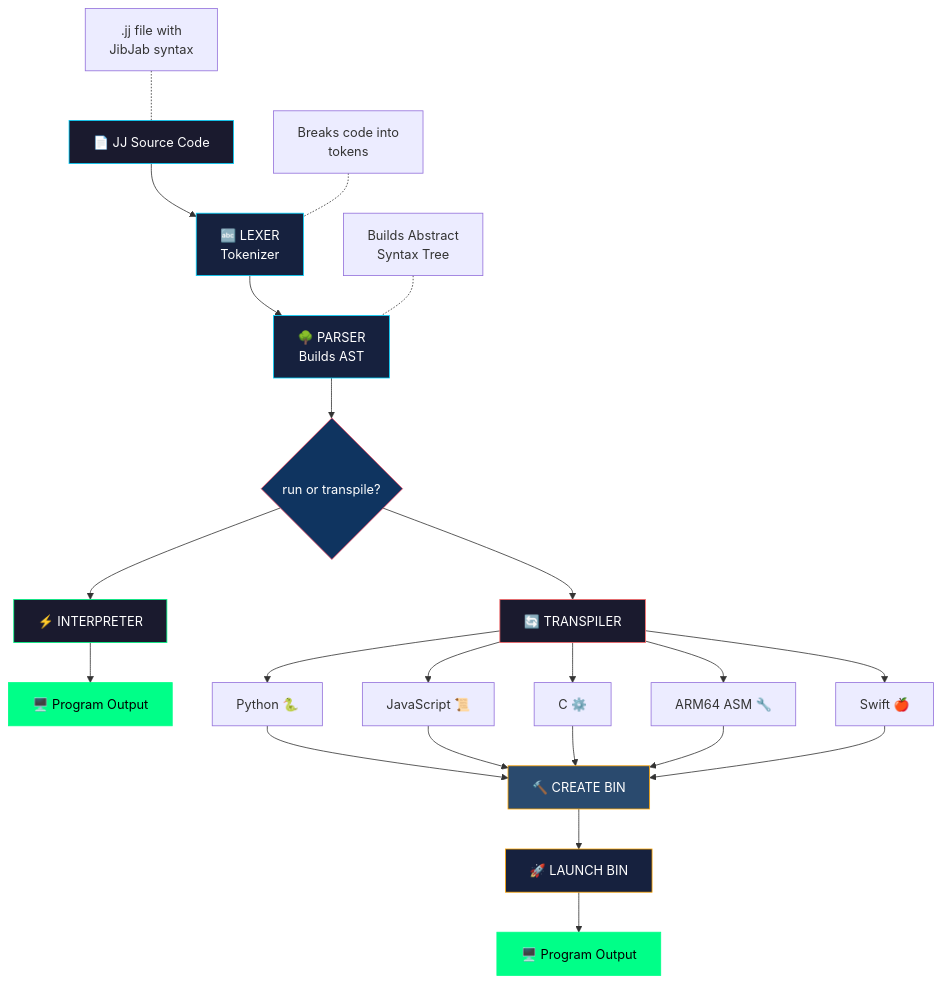
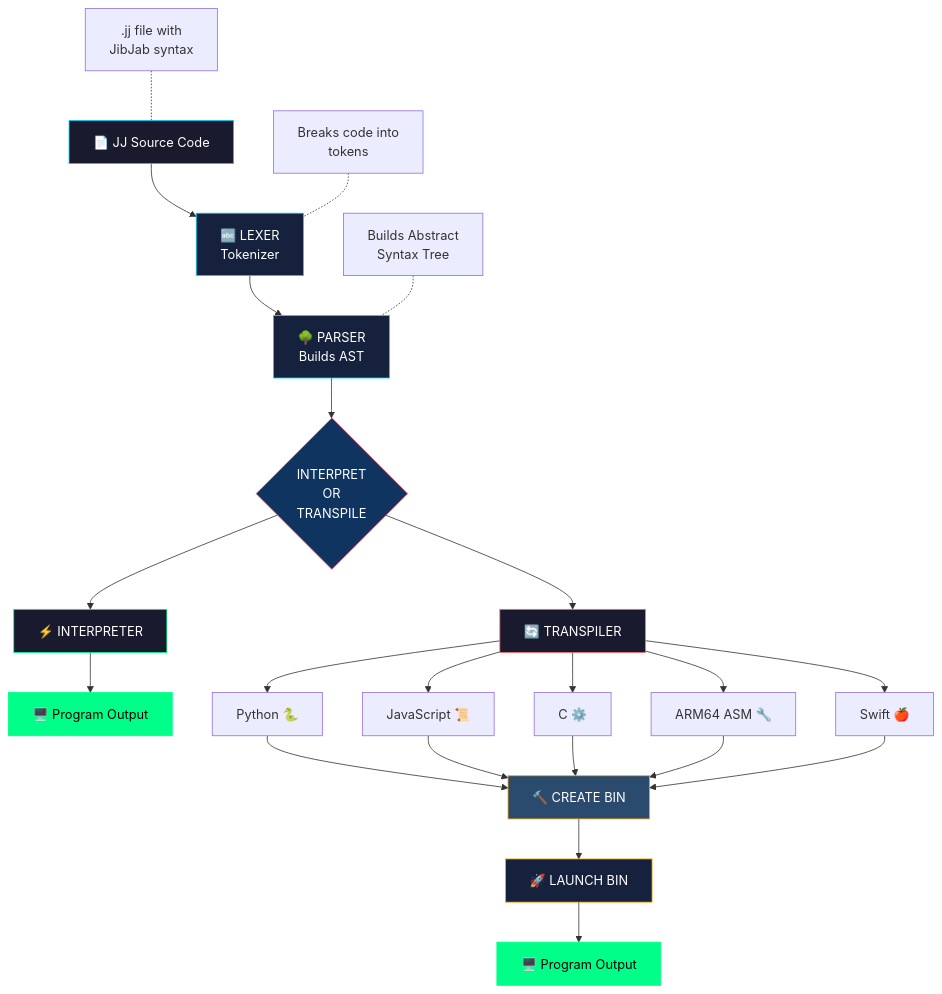
The diagram in README.md (SuperBox64/JibberJabber), drawn with Mermaid before and after one commit.

````diff
--- a/README.md
+++ b/README.md
@@ -375,40 +375,40 @@
 ```mermaid
 flowchart TD
     A[📄 JJ Source Code] --> B[🔤 LEXER<br>Tokenizer]
     B --> C[🌳 PARSER<br>Builds AST]
-    C --> D{run or transpile?}
+    C --> D{INTERPRET<br>OR<br>TRANSPILE}
 
     A1[".jj file with<br>JibJab syntax"] -.- A
     B1["Breaks code into<br>tokens"] -.- B
     C1["Builds Abstract<br>Syntax Tree"] -.- C
 
     D --> E[⚡ INTERPRETER]
     E --> F[🖥️ Program Output]
 
     D --> G[🔄 TRANSPILER]
     G --> H[Python 🐍]
     G --> I[JavaScript 📜]
     G --> J[C ⚙️]
     G --> K[ARM64 ASM 🔧]
     G --> L[Swift 🍎]
 
     H --> M[🔨 CREATE BIN]
     I --> M
     J --> M
     K --> M
     L --> M
     M --> N[🚀 LAUNCH BIN]
     N --> O[🖥️ Program Output]
 
     style M fill:#2a4a6e,stroke:#ffa500,color:#fff
     style N fill:#16213e,stroke:#ffa500,color:#fff
     style O fill:#00ff88,stroke:#00ff88,color:#000
 
     style A fill:#1a1a2e,stroke:#00d4ff,color:#fff
     style B fill:#16213e,stroke:#00d4ff,color:#fff
     style C fill:#16213e,stroke:#00d4ff,color:#fff
     style D fill:#0f3460,stroke:#e94560,color:#fff
     style E fill:#1a1a2e,stroke:#00ff88,color:#fff
     style F fill:#00ff88,stroke:#00ff88,color:#000
     style G fill:#1a1a2e,stroke:#ff6b6b,color:#fff
 ```
````
